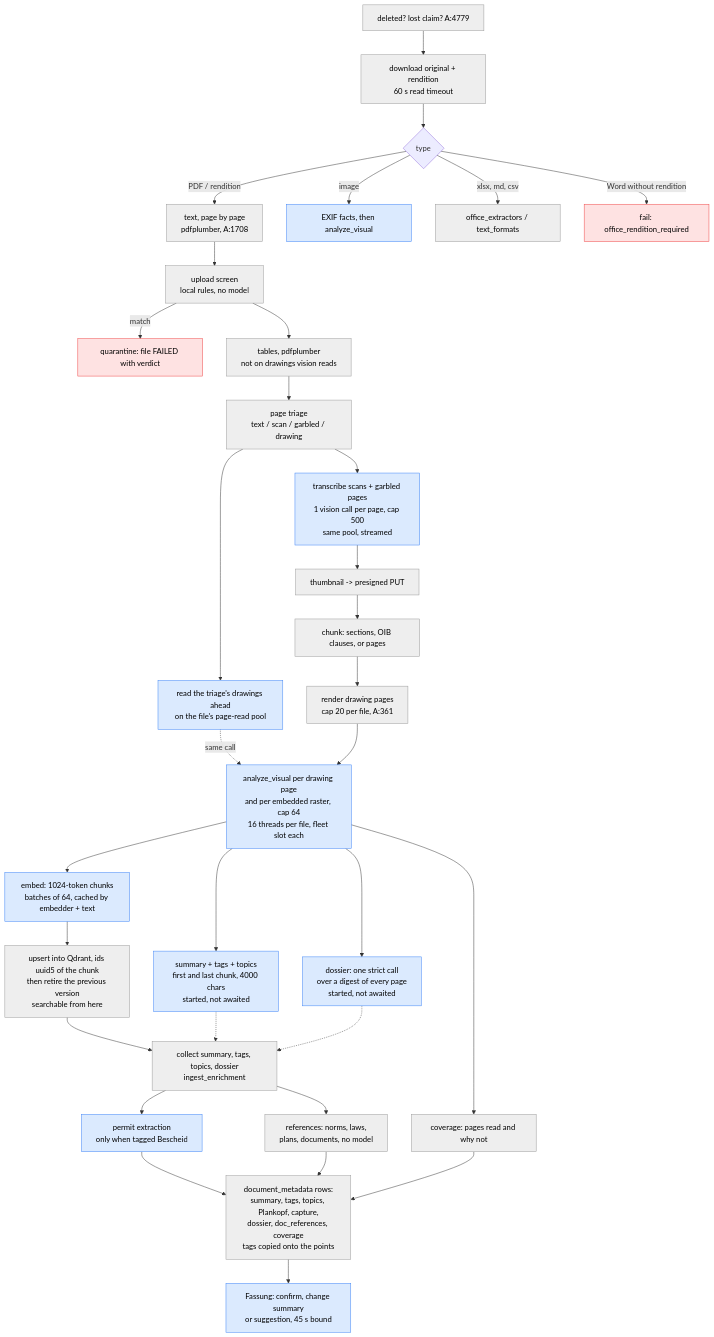
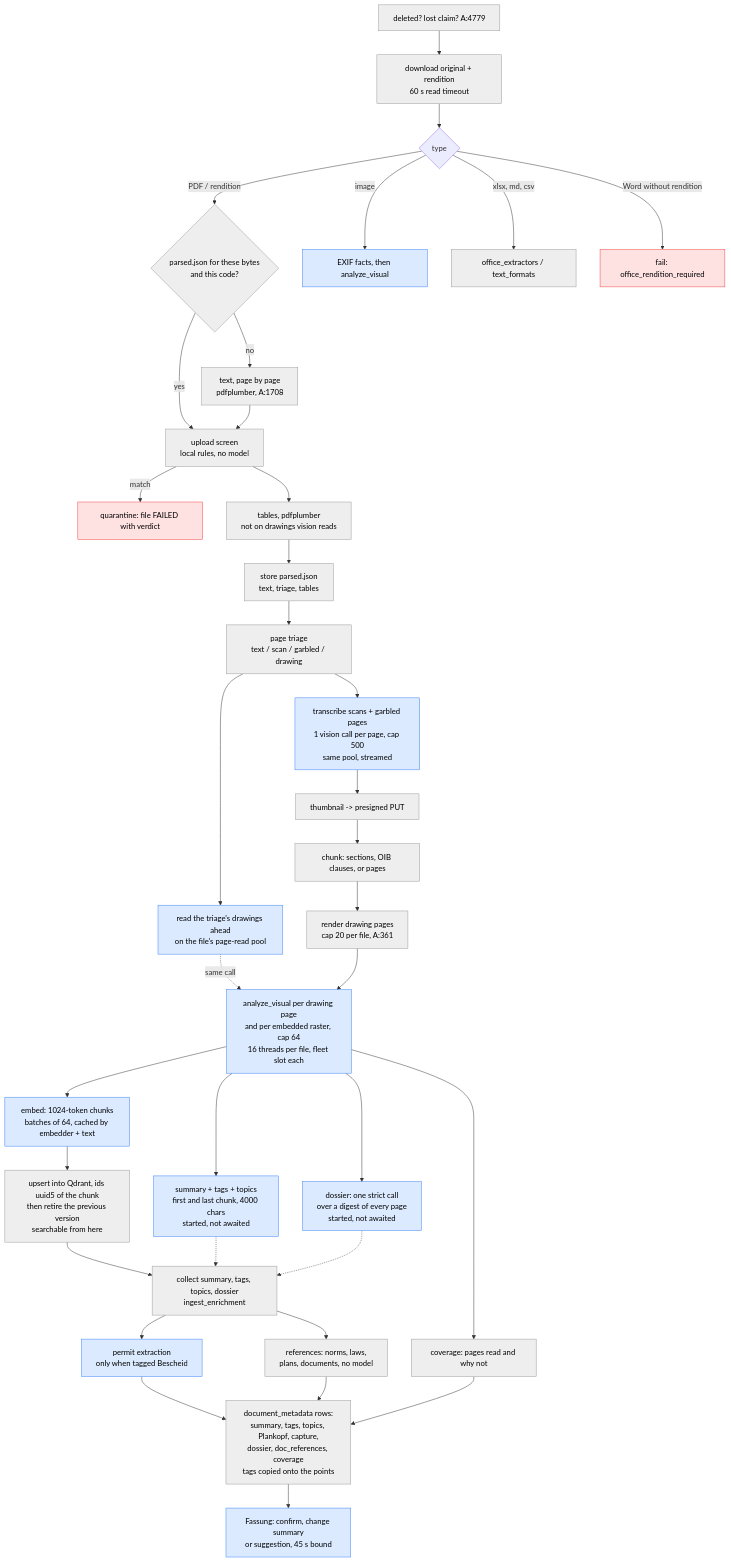
One commit to archos-at/archos changed the third of 7 diagrams in docs/architecture/ingestion-pipeline.md. Above: the diagram before and after it, drawn with Mermaid. The commit also changed other lines of this file and 13 other files, not shown here.

````diff
--- a/docs/architecture/ingestion-pipeline.md
+++ b/docs/architecture/ingestion-pipeline.md
@@ -124,38 +124,41 @@
 ```mermaid
 flowchart TB
   classDef cpu fill:#eee,stroke:#999,color:#000
   classDef model fill:#dbeafe,stroke:#3b82f6,color:#000
   classDef stop fill:#fee2e2,stroke:#ef4444,color:#000
 
   G[deleted? lost claim? A:4779]:::cpu --> DL[download original + rendition<br/>60 s read timeout]:::cpu
   DL --> TY{type}
-  TY -- PDF / rendition --> TX[text, page by page<br/>pdfplumber, A:1708]:::cpu
+  TY -- PDF / rendition --> PS{parsed.json for these bytes<br/>and this code?}:::cpu
+  PS -- yes --> SC
+  PS -- no --> TX[text, page by page<br/>pdfplumber, A:1708]:::cpu
   TY -- image --> EX[EXIF facts, then analyze_visual]:::model
   TY -- xlsx, md, csv --> OX[office_extractors / text_formats]:::cpu
   TY -- Word without rendition --> F1[fail: office_rendition_required]:::stop
   TX --> SC[upload screen<br/>local rules, no model]:::cpu
   SC -- match --> QU[quarantine: file FAILED with verdict]:::stop
   SC --> TB[tables, pdfplumber<br/>not on drawings vision reads]:::cpu
-  TB --> TR[page triage<br/>text / scan / garbled / drawing]:::cpu
+  TB --> ST[store parsed.json<br/>text, triage, tables]:::cpu
+  ST --> TR[page triage<br/>text / scan / garbled / drawing]:::cpu
   TR --> AH[read the triage's drawings ahead<br/>on the file's page-read pool]:::model
   TR --> OCR[transcribe scans + garbled pages<br/>1 vision call per page, cap 500<br/>same pool, streamed]:::model
   OCR --> TH[thumbnail -> presigned PUT]:::cpu
   TH --> CH[chunk: sections, OIB clauses, or pages]:::cpu
   CH --> RD[render drawing pages<br/>cap 20 per file, A:361]:::cpu
   AH -. same call .-> VI
   RD --> VI[analyze_visual per drawing page<br/>and per embedded raster, cap 64<br/>16 threads per file, fleet slot each]:::model
   VI --> SUM[summary + tags + topics<br/>first and last chunk, 4000 chars<br/>started, not awaited]:::model
   VI --> DS[dossier: one strict call<br/>over a digest of every page<br/>started, not awaited]:::model
   VI --> CV[coverage: pages read and why not]:::cpu
   VI --> EM[embed: 1024-token chunks<br/>batches of 64, cached by embedder + text]:::model
   EM --> WR[upsert into Qdrant, ids uuid5 of the chunk<br/>then retire the previous version<br/>searchable from here]:::cpu
   WR --> CO[collect summary, tags, topics, dossier<br/>ingest_enrichment]:::cpu
   SUM -.-> CO
   DS -.-> CO
   CO --> PM[permit extraction<br/>only when tagged Bescheid]:::model
   CO --> RF[references: norms, laws,<br/>plans, documents, no model]:::cpu
   PM --> MD[document_metadata rows:<br/>summary, tags, topics, Plankopf, capture,<br/>dossier, doc_references, coverage<br/>tags copied onto the points]:::cpu
   RF --> MD
   CV --> MD
   MD --> FA[Fassung: confirm, change summary<br/>or suggestion, 45 s bound]:::model
 ```
````
